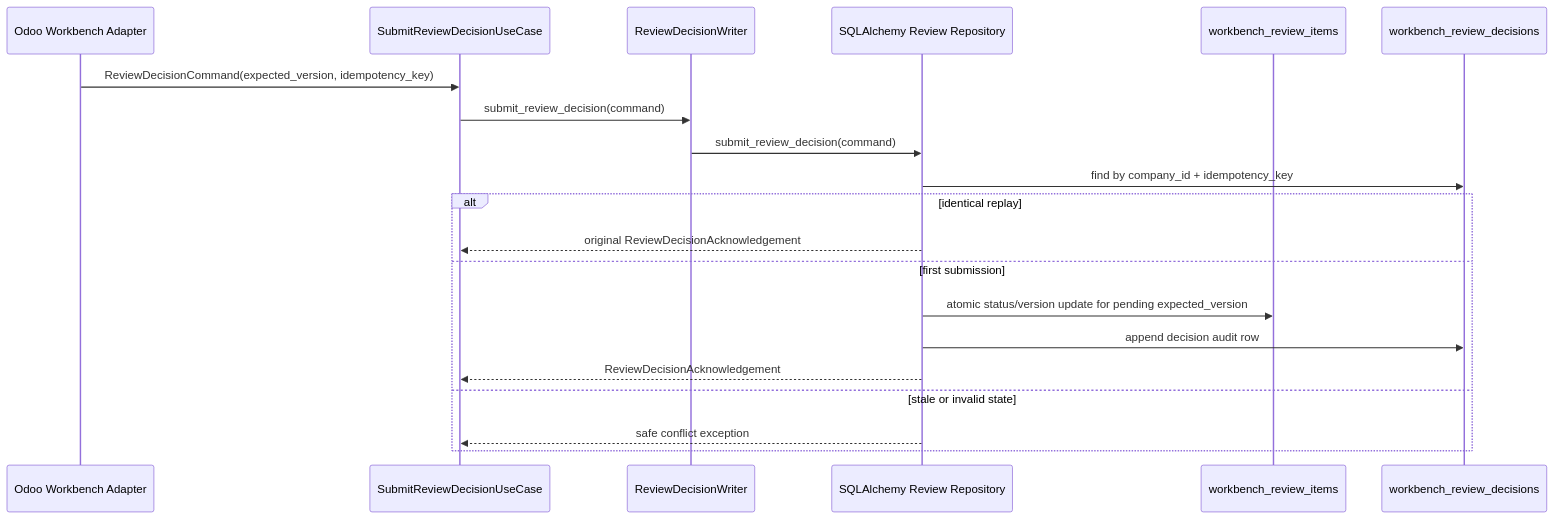
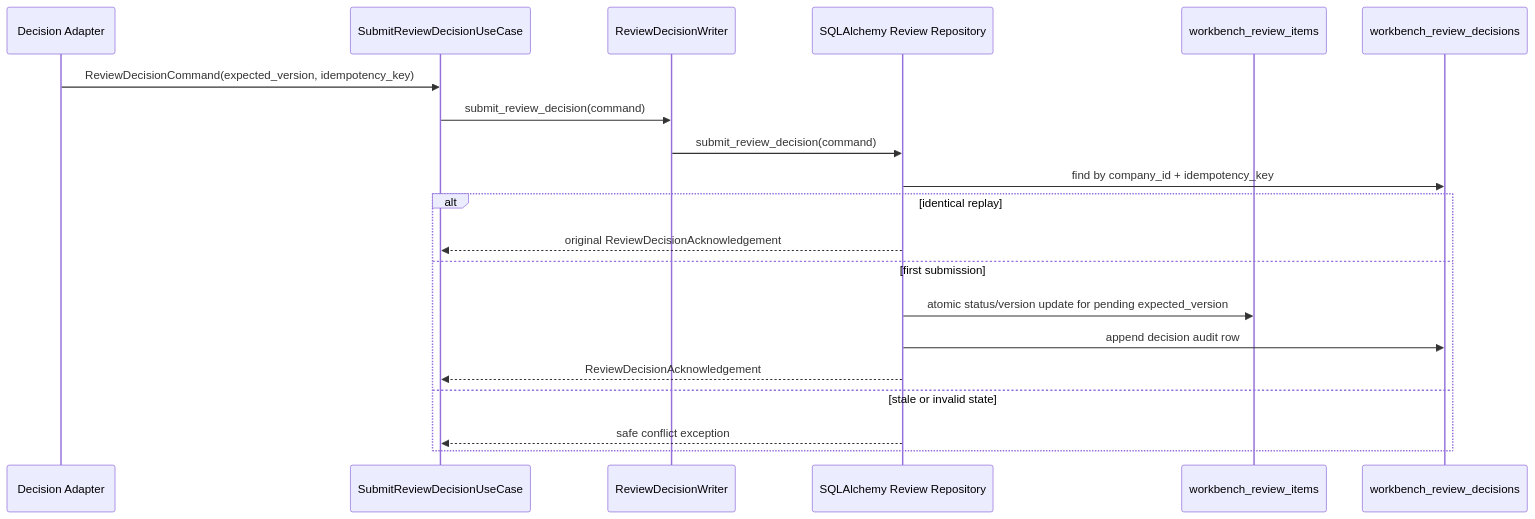
One commit to odurmazoglu/ict-integration-hub changed the fourth of 4 diagrams in docs/IMPORT_WORKBENCH.md. Above: the diagram before and after it, drawn with Mermaid. The commit also changed other lines of this file and 16 other files, not shown here.

Commit message:
architecture: define odoo workbench projection contract

````diff
--- a/docs/IMPORT_WORKBENCH.md
+++ b/docs/IMPORT_WORKBENCH.md
@@ -223,23 +250,23 @@
 ```mermaid
 sequenceDiagram
-    participant Workbench as Odoo Workbench Adapter
+    participant Adapter as Decision Adapter
     participant UseCase as SubmitReviewDecisionUseCase
     participant Port as ReviewDecisionWriter
     participant Repo as SQLAlchemy Review Repository
     participant Items as workbench_review_items
     participant Decisions as workbench_review_decisions
 
-    Workbench->>UseCase: ReviewDecisionCommand(expected_version, idempotency_key)
+    Adapter->>UseCase: ReviewDecisionCommand(expected_version, idempotency_key)
     UseCase->>Port: submit_review_decision(command)
     Port->>Repo: submit_review_decision(command)
     Repo->>Decisions: find by company_id + idempotency_key
     alt identical replay
         Repo-->>UseCase: original ReviewDecisionAcknowledgement
     else first submission
         Repo->>Items: atomic status/version update for pending expected_version
         Repo->>Decisions: append decision audit row
         Repo-->>UseCase: ReviewDecisionAcknowledgement
     else stale or invalid state
         Repo-->>UseCase: safe conflict exception
     end
 ```
````
